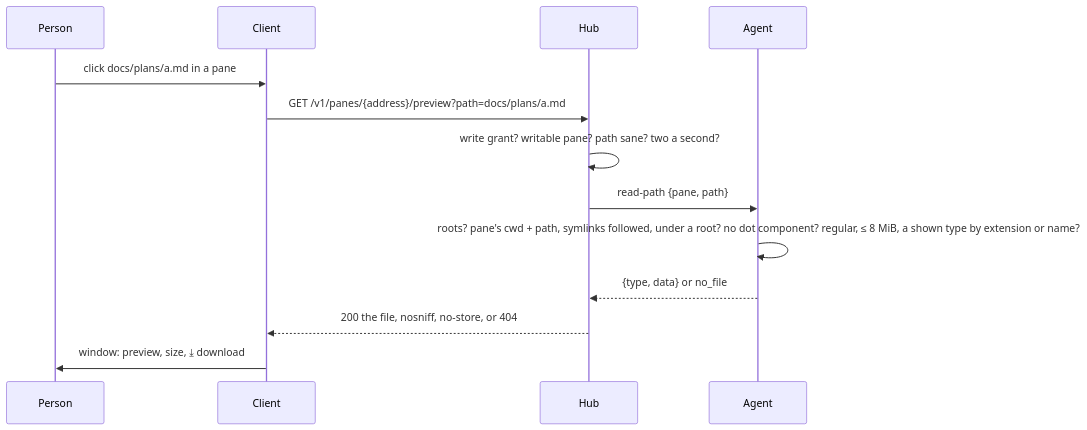
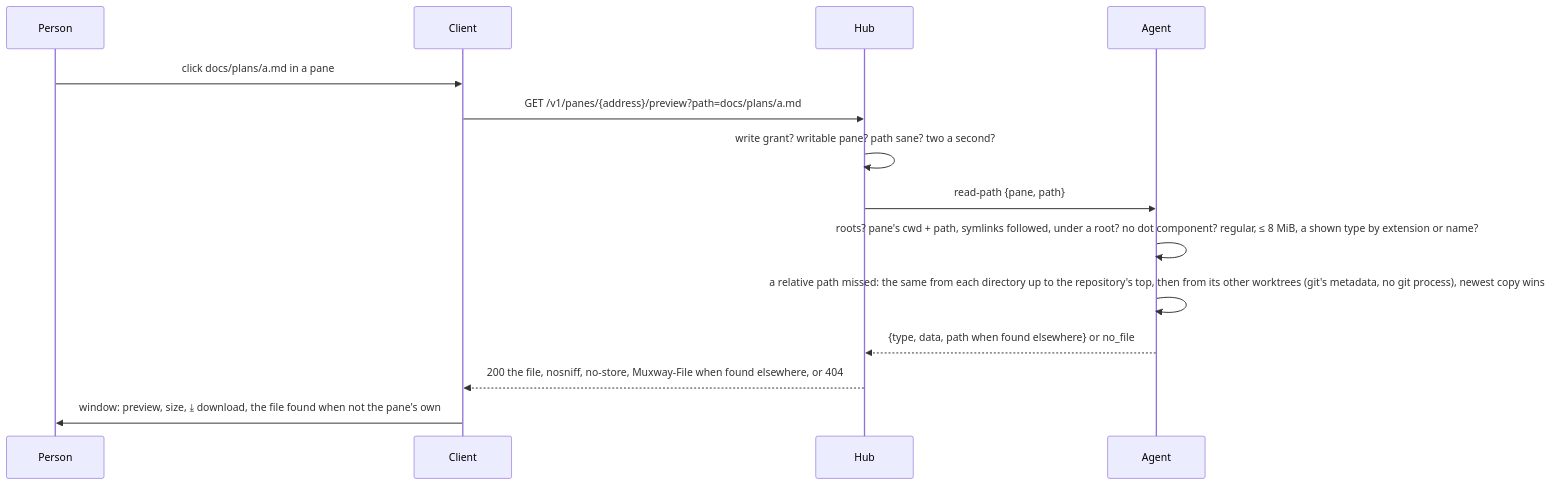
Before and after one commit to notmarkopadjen/muxway: the first of 2 diagrams in docs/features/preview.md, drawn with Mermaid. The commit also changed other lines of this file and 2 other files, not shown here.

First line of the commit message:
Docs: how a relative path finds its file in the pane's repository

````diff
--- a/docs/features/preview.md
+++ b/docs/features/preview.md
@@ -71,15 +79,16 @@
 ```mermaid
 sequenceDiagram
     participant P as Person
     participant C as Client
     participant H as Hub
     participant A as Agent
     P->>C: click docs/plans/a.md in a pane
     C->>H: GET /v1/panes/{address}/preview?path=docs/plans/a.md
     H->>H: write grant? writable pane? path sane? two a second?
     H->>A: read-path {pane, path}
     A->>A: roots? pane's cwd + path, symlinks followed, under a root? no dot component? regular, ≤ 8 MiB, a shown type by extension or name?
-    A-->>H: {type, data} or no_file
-    H-->>C: 200 the file, nosniff, no-store, or 404
-    C->>P: window: preview, size, ⤓ download
+    A->>A: a relative path missed: the same from each directory up to the repository's top, then from its other worktrees (git's metadata, no git process), newest copy wins
+    A-->>H: {type, data, path when found elsewhere} or no_file
+    H-->>C: 200 the file, nosniff, no-store, Muxway-File when found elsewhere, or 404
+    C->>P: window: preview, size, ⤓ download, the file found when not the pane's own
 ```
````
